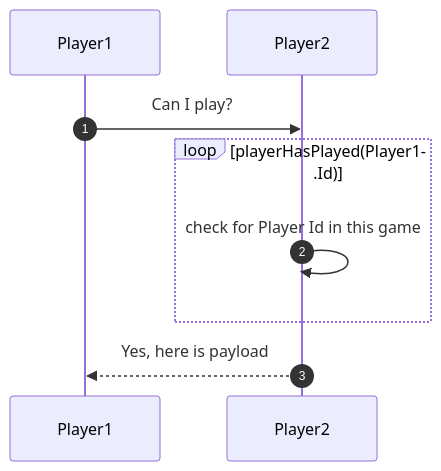
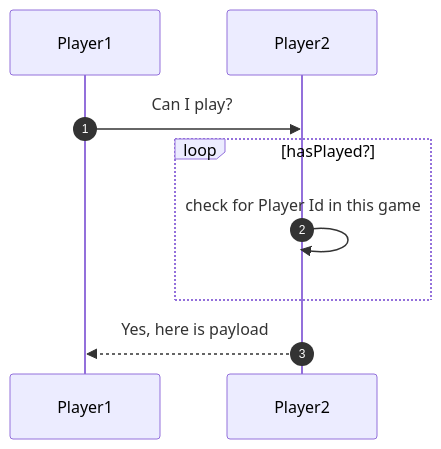
The second of 2 diagrams in README.md (JamesOsborn-SE/eat-poop-you-cat-android), drawn with Mermaid before and after one commit.

Commit message:
shorter loop name

````diff
--- a/README.md
+++ b/README.md
@@ -61,9 +61,9 @@
 ```mermaid
 sequenceDiagram
     autonumber
     Player1->>Player2: Can I play?
-    loop playerHasPlayed(Player1.Id)
+    loop hasPlayed?
         Player2->>Player2: check for Player Id in this game
     end
     Player2-->>Player1: Yes, here is payload
 ```
````
